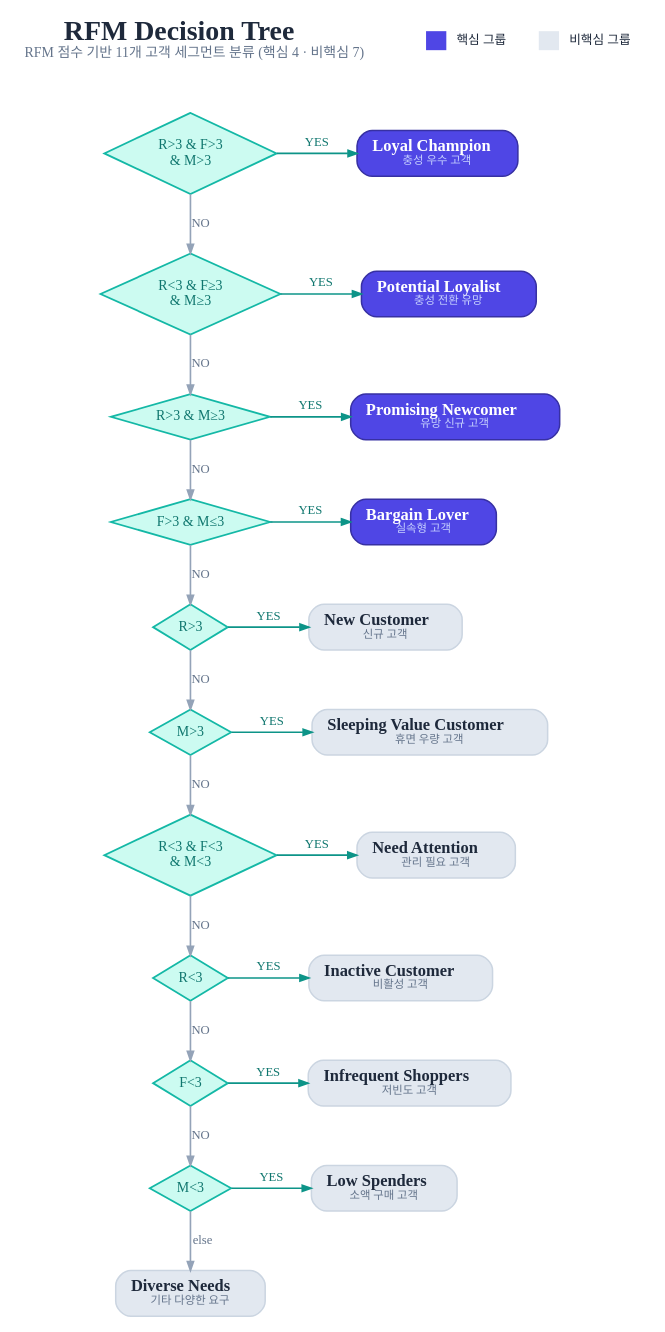
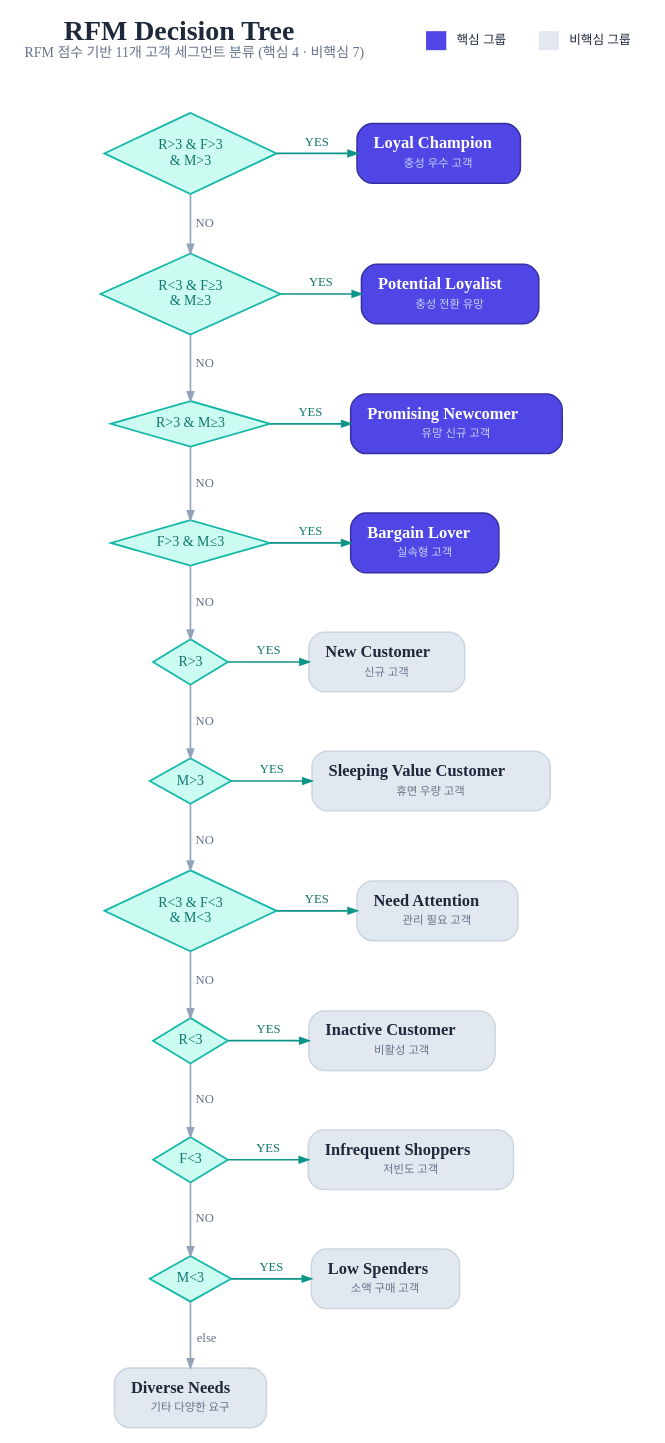
One commit to buzziru/ML_COMMERCE changed the diagram in images/_src/Decision_Tree_RFM.dot. Above: the diagram before and after it, drawn with Graphviz. The commit also changed 2 other files, not shown here.

```diff
--- a/images/_src/Decision_Tree_RFM.dot
+++ b/images/_src/Decision_Tree_RFM.dot
@@ -1,64 +1,64 @@
 digraph RFMTree {
   rankdir=TB; bgcolor="white"; splines=polyline;
   graph [fontname="Malgun Gothic", ranksep=0.50, nodesep=0.45];
   node [fontname="Malgun Gothic"];
   edge [fontname="Malgun Gothic", fontsize=10, color="#94A3B8", penwidth=1.3, arrowsize=0.7];
   title [shape=plaintext, label=<<FONT POINT-SIZE="22" COLOR="#1E293B"><B>RFM Decision Tree</B></FONT><BR/><FONT POINT-SIZE="11" COLOR="#64748B">RFM 점수 기반 11개 고객 세그먼트 분류 (핵심 4 · 비핵심 7)</FONT>>];
   legend [shape=plaintext, label=<<TABLE BORDER="0" CELLBORDER="0" CELLSPACING="6" CELLPADDING="2"><TR><TD BGCOLOR="#4F46E5" WIDTH="16"></TD><TD><FONT POINT-SIZE="10" COLOR="#1E293B">핵심 그룹</FONT></TD><TD WIDTH="12"></TD><TD BGCOLOR="#E2E8F0" WIDTH="16"></TD><TD><FONT POINT-SIZE="10" COLOR="#1E293B">비핵심 그룹</FONT></TD></TR></TABLE>>];
   "c1" [shape=diamond, style=filled, fillcolor="#CCFBF1", color="#14B8A6", penwidth=1.4, fontcolor="#0F766E", fontsize=11, label="R&gt;3 &amp; F&gt;3
 &amp; M&gt;3"];
-  "L1" [shape=box, style="rounded,filled", fillcolor="#4F46E5", color="#3730A3", penwidth=1.2, fontcolor="white", margin="0.16,0.10", label=<<FONT POINT-SIZE="13"><B>Loyal Champion</B></FONT><BR/><FONT POINT-SIZE="9" COLOR="#C7D2FE">충성 우수 고객</FONT>>];
+  "L1" [shape=box, style="rounded,filled", fillcolor="#4F46E5", color="#3730A3", penwidth=1.2, fontcolor="white", margin="0.18,0.14", label=<<FONT POINT-SIZE="13"><B>Loyal Champion</B></FONT><BR/><FONT POINT-SIZE="5"> </FONT><BR/><FONT POINT-SIZE="9" COLOR="#C7D2FE">충성 우수 고객</FONT>>];
   "c2" [shape=diamond, style=filled, fillcolor="#CCFBF1", color="#14B8A6", penwidth=1.4, fontcolor="#0F766E", fontsize=11, label="R&lt;3 &amp; F≥3
 &amp; M≥3"];
-  "L2" [shape=box, style="rounded,filled", fillcolor="#4F46E5", color="#3730A3", penwidth=1.2, fontcolor="white", margin="0.16,0.10", label=<<FONT POINT-SIZE="13"><B>Potential Loyalist</B></FONT><BR/><FONT POINT-SIZE="9" COLOR="#C7D2FE">충성 전환 유망</FONT>>];
+  "L2" [shape=box, style="rounded,filled", fillcolor="#4F46E5", color="#3730A3", penwidth=1.2, fontcolor="white", margin="0.18,0.14", label=<<FONT POINT-SIZE="13"><B>Potential Loyalist</B></FONT><BR/><FONT POINT-SIZE="5"> </FONT><BR/><FONT POINT-SIZE="9" COLOR="#C7D2FE">충성 전환 유망</FONT>>];
   "c3" [shape=diamond, style=filled, fillcolor="#CCFBF1", color="#14B8A6", penwidth=1.4, fontcolor="#0F766E", fontsize=11, label="R&gt;3 &amp; M≥3"];
-  "L3" [shape=box, style="rounded,filled", fillcolor="#4F46E5", color="#3730A3", penwidth=1.2, fontcolor="white", margin="0.16,0.10", label=<<FONT POINT-SIZE="13"><B>Promising Newcomer</B></FONT><BR/><FONT POINT-SIZE="9" COLOR="#C7D2FE">유망 신규 고객</FONT>>];
+  "L3" [shape=box, style="rounded,filled", fillcolor="#4F46E5", color="#3730A3", penwidth=1.2, fontcolor="white", margin="0.18,0.14", label=<<FONT POINT-SIZE="13"><B>Promising Newcomer</B></FONT><BR/><FONT POINT-SIZE="5"> </FONT><BR/><FONT POINT-SIZE="9" COLOR="#C7D2FE">유망 신규 고객</FONT>>];
   "c4" [shape=diamond, style=filled, fillcolor="#CCFBF1", color="#14B8A6", penwidth=1.4, fontcolor="#0F766E", fontsize=11, label="F&gt;3 &amp; M≤3"];
-  "L4" [shape=box, style="rounded,filled", fillcolor="#4F46E5", color="#3730A3", penwidth=1.2, fontcolor="white", margin="0.16,0.10", label=<<FONT POINT-SIZE="13"><B>Bargain Lover</B></FONT><BR/><FONT POINT-SIZE="9" COLOR="#C7D2FE">실속형 고객</FONT>>];
+  "L4" [shape=box, style="rounded,filled", fillcolor="#4F46E5", color="#3730A3", penwidth=1.2, fontcolor="white", margin="0.18,0.14", label=<<FONT POINT-SIZE="13"><B>Bargain Lover</B></FONT><BR/><FONT POINT-SIZE="5"> </FONT><BR/><FONT POINT-SIZE="9" COLOR="#C7D2FE">실속형 고객</FONT>>];
   "c5" [shape=diamond, style=filled, fillcolor="#CCFBF1", color="#14B8A6", penwidth=1.4, fontcolor="#0F766E", fontsize=11, label="R&gt;3"];
-  "L5" [shape=box, style="rounded,filled", fillcolor="#E2E8F0", color="#CBD5E1", penwidth=1.2, fontcolor="#1E293B", margin="0.16,0.10", label=<<FONT POINT-SIZE="13"><B>New Customer</B></FONT><BR/><FONT POINT-SIZE="9" COLOR="#64748B">신규 고객</FONT>>];
+  "L5" [shape=box, style="rounded,filled", fillcolor="#E2E8F0", color="#CBD5E1", penwidth=1.2, fontcolor="#1E293B", margin="0.18,0.14", label=<<FONT POINT-SIZE="13"><B>New Customer</B></FONT><BR/><FONT POINT-SIZE="5"> </FONT><BR/><FONT POINT-SIZE="9" COLOR="#64748B">신규 고객</FONT>>];
   "c6" [shape=diamond, style=filled, fillcolor="#CCFBF1", color="#14B8A6", penwidth=1.4, fontcolor="#0F766E", fontsize=11, label="M&gt;3"];
-  "L6" [shape=box, style="rounded,filled", fillcolor="#E2E8F0", color="#CBD5E1", penwidth=1.2, fontcolor="#1E293B", margin="0.16,0.10", label=<<FONT POINT-SIZE="13"><B>Sleeping Value Customer</B></FONT><BR/><FONT POINT-SIZE="9" COLOR="#64748B">휴면 우량 고객</FONT>>];
+  "L6" [shape=box, style="rounded,filled", fillcolor="#E2E8F0", color="#CBD5E1", penwidth=1.2, fontcolor="#1E293B", margin="0.18,0.14", label=<<FONT POINT-SIZE="13"><B>Sleeping Value Customer</B></FONT><BR/><FONT POINT-SIZE="5"> </FONT><BR/><FONT POINT-SIZE="9" COLOR="#64748B">휴면 우량 고객</FONT>>];
   "c7" [shape=diamond, style=filled, fillcolor="#CCFBF1", color="#14B8A6", penwidth=1.4, fontcolor="#0F766E", fontsize=11, label="R&lt;3 &amp; F&lt;3
 &amp; M&lt;3"];
-  "L7" [shape=box, style="rounded,filled", fillcolor="#E2E8F0", color="#CBD5E1", penwidth=1.2, fontcolor="#1E293B", margin="0.16,0.10", label=<<FONT POINT-SIZE="13"><B>Need Attention</B></FONT><BR/><FONT POINT-SIZE="9" COLOR="#64748B">관리 필요 고객</FONT>>];
+  "L7" [shape=box, style="rounded,filled", fillcolor="#E2E8F0", color="#CBD5E1", penwidth=1.2, fontcolor="#1E293B", margin="0.18,0.14", label=<<FONT POINT-SIZE="13"><B>Need Attention</B></FONT><BR/><FONT POINT-SIZE="5"> </FONT><BR/><FONT POINT-SIZE="9" COLOR="#64748B">관리 필요 고객</FONT>>];
   "c8" [shape=diamond, style=filled, fillcolor="#CCFBF1", color="#14B8A6", penwidth=1.4, fontcolor="#0F766E", fontsize=11, label="R&lt;3"];
-  "L8" [shape=box, style="rounded,filled", fillcolor="#E2E8F0", color="#CBD5E1", penwidth=1.2, fontcolor="#1E293B", margin="0.16,0.10", label=<<FONT POINT-SIZE="13"><B>Inactive Customer</B></FONT><BR/><FONT POINT-SIZE="9" COLOR="#64748B">비활성 고객</FONT>>];
+  "L8" [shape=box, style="rounded,filled", fillcolor="#E2E8F0", color="#CBD5E1", penwidth=1.2, fontcolor="#1E293B", margin="0.18,0.14", label=<<FONT POINT-SIZE="13"><B>Inactive Customer</B></FONT><BR/><FONT POINT-SIZE="5"> </FONT><BR/><FONT POINT-SIZE="9" COLOR="#64748B">비활성 고객</FONT>>];
   "c9" [shape=diamond, style=filled, fillcolor="#CCFBF1", color="#14B8A6", penwidth=1.4, fontcolor="#0F766E", fontsize=11, label="F&lt;3"];
-  "L9" [shape=box, style="rounded,filled", fillcolor="#E2E8F0", color="#CBD5E1", penwidth=1.2, fontcolor="#1E293B", margin="0.16,0.10", label=<<FONT POINT-SIZE="13"><B>Infrequent Shoppers</B></FONT><BR/><FONT POINT-SIZE="9" COLOR="#64748B">저빈도 고객</FONT>>];
+  "L9" [shape=box, style="rounded,filled", fillcolor="#E2E8F0", color="#CBD5E1", penwidth=1.2, fontcolor="#1E293B", margin="0.18,0.14", label=<<FONT POINT-SIZE="13"><B>Infrequent Shoppers</B></FONT><BR/><FONT POINT-SIZE="5"> </FONT><BR/><FONT POINT-SIZE="9" COLOR="#64748B">저빈도 고객</FONT>>];
   "c10" [shape=diamond, style=filled, fillcolor="#CCFBF1", color="#14B8A6", penwidth=1.4, fontcolor="#0F766E", fontsize=11, label="M&lt;3"];
-  "L10" [shape=box, style="rounded,filled", fillcolor="#E2E8F0", color="#CBD5E1", penwidth=1.2, fontcolor="#1E293B", margin="0.16,0.10", label=<<FONT POINT-SIZE="13"><B>Low Spenders</B></FONT><BR/><FONT POINT-SIZE="9" COLOR="#64748B">소액 구매 고객</FONT>>];
-  "L11" [shape=box, style="rounded,filled", fillcolor="#E2E8F0", color="#CBD5E1", penwidth=1.2, fontcolor="#1E293B", margin="0.16,0.10", label=<<FONT POINT-SIZE="13"><B>Diverse Needs</B></FONT><BR/><FONT POINT-SIZE="9" COLOR="#64748B">기타 다양한 요구</FONT>>];
+  "L10" [shape=box, style="rounded,filled", fillcolor="#E2E8F0", color="#CBD5E1", penwidth=1.2, fontcolor="#1E293B", margin="0.18,0.14", label=<<FONT POINT-SIZE="13"><B>Low Spenders</B></FONT><BR/><FONT POINT-SIZE="5"> </FONT><BR/><FONT POINT-SIZE="9" COLOR="#64748B">소액 구매 고객</FONT>>];
+  "L11" [shape=box, style="rounded,filled", fillcolor="#E2E8F0", color="#CBD5E1", penwidth=1.2, fontcolor="#1E293B", margin="0.18,0.14", label=<<FONT POINT-SIZE="13"><B>Diverse Needs</B></FONT><BR/><FONT POINT-SIZE="5"> </FONT><BR/><FONT POINT-SIZE="9" COLOR="#64748B">기타 다양한 요구</FONT>>];
   title -> c1 [style=invis];
   {rank=same; title; legend;}
   "c1" -> "L1" [label="YES", color="#0D9488", fontcolor="#0F766E"];
   {rank=same; "c1"; "L1";}
-  "c1" -> "c2" [label="NO", color="#94A3B8", fontcolor="#64748B"];
+  "c1" -> "c2" [label="  NO  ", color="#94A3B8", fontcolor="#64748B"];
   "c2" -> "L2" [label="YES", color="#0D9488", fontcolor="#0F766E"];
   {rank=same; "c2"; "L2";}
-  "c2" -> "c3" [label="NO", color="#94A3B8", fontcolor="#64748B"];
+  "c2" -> "c3" [label="  NO  ", color="#94A3B8", fontcolor="#64748B"];
   "c3" -> "L3" [label="YES", color="#0D9488", fontcolor="#0F766E"];
   {rank=same; "c3"; "L3";}
-  "c3" -> "c4" [label="NO", color="#94A3B8", fontcolor="#64748B"];
+  "c3" -> "c4" [label="  NO  ", color="#94A3B8", fontcolor="#64748B"];
   "c4" -> "L4" [label="YES", color="#0D9488", fontcolor="#0F766E"];
   {rank=same; "c4"; "L4";}
-  "c4" -> "c5" [label="NO", color="#94A3B8", fontcolor="#64748B"];
+  "c4" -> "c5" [label="  NO  ", color="#94A3B8", fontcolor="#64748B"];
   "c5" -> "L5" [label="YES", color="#0D9488", fontcolor="#0F766E"];
   {rank=same; "c5"; "L5";}
-  "c5" -> "c6" [label="NO", color="#94A3B8", fontcolor="#64748B"];
+  "c5" -> "c6" [label="  NO  ", color="#94A3B8", fontcolor="#64748B"];
   "c6" -> "L6" [label="YES", color="#0D9488", fontcolor="#0F766E"];
   {rank=same; "c6"; "L6";}
-  "c6" -> "c7" [label="NO", color="#94A3B8", fontcolor="#64748B"];
+  "c6" -> "c7" [label="  NO  ", color="#94A3B8", fontcolor="#64748B"];
   "c7" -> "L7" [label="YES", color="#0D9488", fontcolor="#0F766E"];
   {rank=same; "c7"; "L7";}
-  "c7" -> "c8" [label="NO", color="#94A3B8", fontcolor="#64748B"];
+  "c7" -> "c8" [label="  NO  ", color="#94A3B8", fontcolor="#64748B"];
   "c8" -> "L8" [label="YES", color="#0D9488", fontcolor="#0F766E"];
   {rank=same; "c8"; "L8";}
-  "c8" -> "c9" [label="NO", color="#94A3B8", fontcolor="#64748B"];
+  "c8" -> "c9" [label="  NO  ", color="#94A3B8", fontcolor="#64748B"];
   "c9" -> "L9" [label="YES", color="#0D9488", fontcolor="#0F766E"];
   {rank=same; "c9"; "L9";}
-  "c9" -> "c10" [label="NO", color="#94A3B8", fontcolor="#64748B"];
+  "c9" -> "c10" [label="  NO  ", color="#94A3B8", fontcolor="#64748B"];
   "c10" -> "L10" [label="YES", color="#0D9488", fontcolor="#0F766E"];
   {rank=same; "c10"; "L10";}
-  "c10" -> "L11" [label="else", color="#94A3B8", fontcolor="#64748B"];
+  "c10" -> "L11" [label="  else  ", color="#94A3B8", fontcolor="#64748B"];
 }
```
